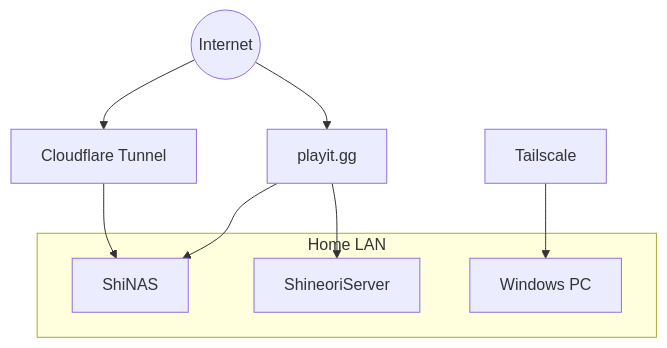
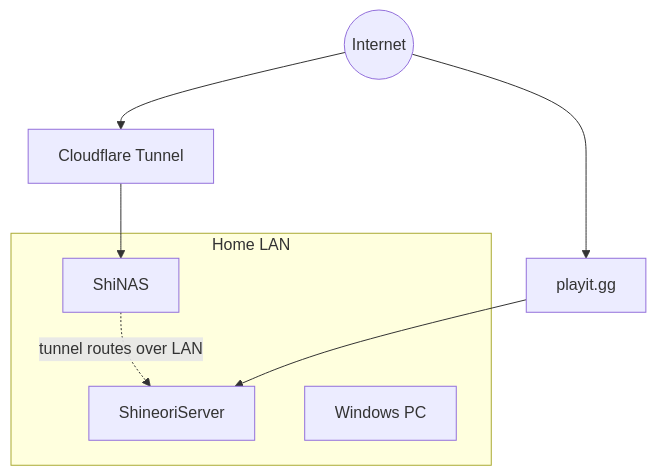
One commit to Shineori/homelab changed the diagram in docs/infrastructure/network.md. Above: the diagram before and after it, drawn with Mermaid. The commit also changed other lines of this file and 14 other files, not shown here.

````diff
--- a/docs/infrastructure/network.md
+++ b/docs/infrastructure/network.md
@@ -3,16 +3,14 @@
 ```mermaid
 flowchart TB
     internet((Internet))
     cf[Cloudflare Tunnel]
     playit[playit.gg]
-    ts[Tailscale]
     subgraph LAN[Home LAN]
         nas[ShiNAS]
         srv[ShineoriServer]
         pc[Windows PC]
     end
     internet --> cf --> nas
-    internet --> playit --> nas
-    playit --> srv
-    ts --> pc
+    nas -. tunnel routes over LAN .-> srv
+    internet --> playit --> srv
 ```
````
